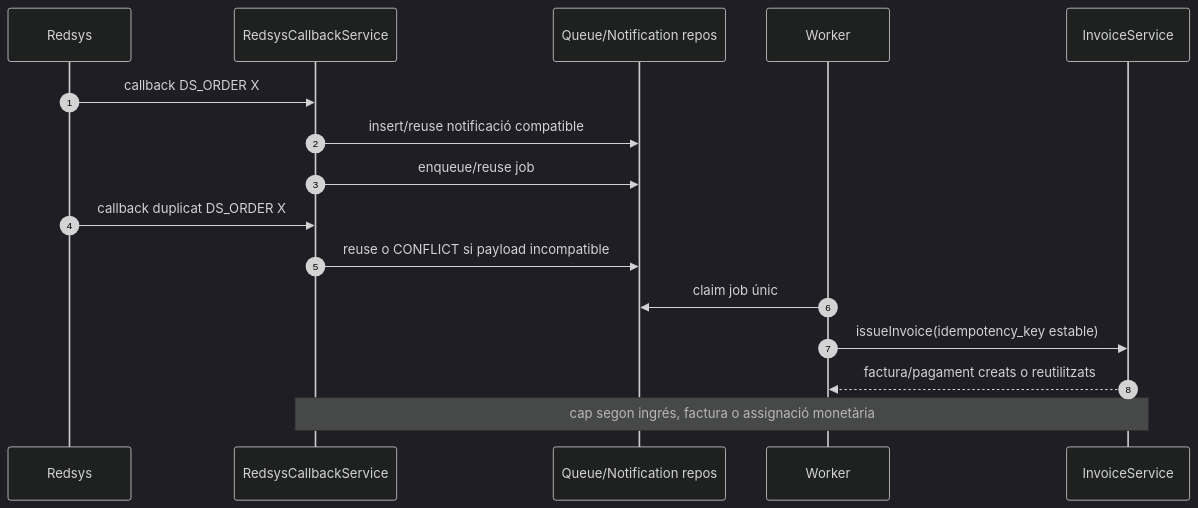
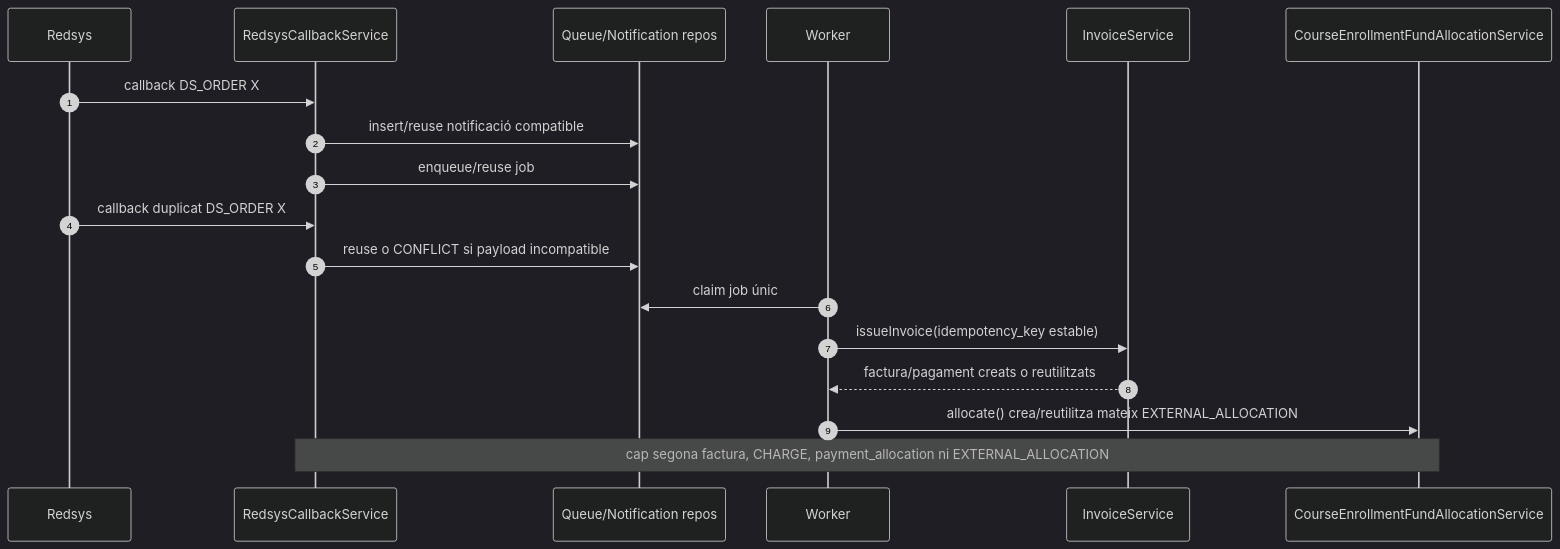
The third of 4 diagrams in documentacio/07-uml-integrat/uc-014-sequencies-actual-final.md (orgmeriemprismacat-del/verifactu), drawn with Mermaid (dark theme) before and after one commit. The commit also changed other lines of this file, not shown here.

Commit message:
docs(UC-014): afegir fund allocation a seqüencies

````diff
--- a/documentacio/07-uml-integrat/uc-014-sequencies-actual-final.md
+++ b/documentacio/07-uml-integrat/uc-014-sequencies-actual-final.md
@@ -119,19 +123,21 @@
 ```mermaid
 sequenceDiagram
 autonumber
 participant R as Redsys
 participant C as RedsysCallbackService
 participant Q as Queue/Notification repos
 participant W as Worker
 participant I as InvoiceService
+participant Fund as CourseEnrollmentFundAllocationService
 
 R->>C: callback DS_ORDER X
 C->>Q: insert/reuse notificació compatible
 C->>Q: enqueue/reuse job
 R->>C: callback duplicat DS_ORDER X
 C->>Q: reuse o CONFLICT si payload incompatible
 W->>Q: claim job únic
 W->>I: issueInvoice(idempotency_key estable)
 I-->>W: factura/pagament creats o reutilitzats
-Note over C,I: cap segon ingrés, factura o assignació monetària
+W->>Fund: allocate() crea/reutilitza mateix EXTERNAL_ALLOCATION
+Note over C,Fund: cap segona factura, CHARGE, payment_allocation ni EXTERNAL_ALLOCATION
 ```
````
